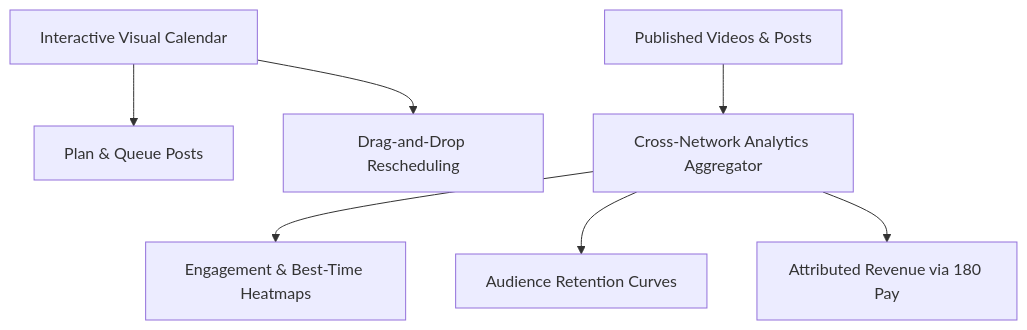
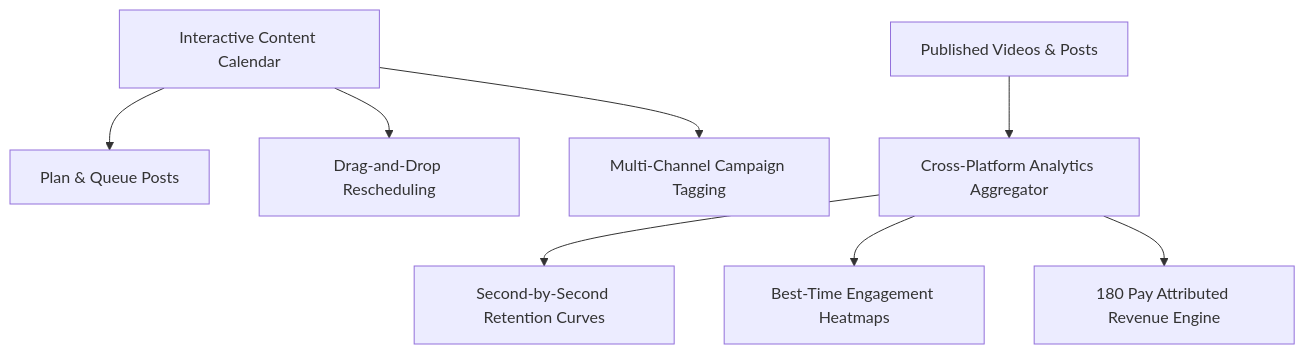
The diagram in apps/docs/docs/products/180-social-studio/06-analytics-and-calendar.md (simplicion/180workspace), drawn with Mermaid before and after one commit. The commit also changed other lines of this file and 25 other files, not shown here.

````diff
--- a/apps/docs/docs/products/180-social-studio/06-analytics-and-calendar.md
+++ b/apps/docs/docs/products/180-social-studio/06-analytics-and-calendar.md
@@ -13,10 +13,11 @@
 ```mermaid
 graph TD
-    Calendar[Interactive Visual Calendar] --> Plan[Plan & Queue Posts]
-    Calendar --> Schedule[Drag-and-Drop Rescheduling]
+    Calendar[Interactive Content Calendar] --> Plan[Plan & Queue Posts]
+    Calendar --> Reschedule[Drag-and-Drop Rescheduling]
+    Calendar --> Campaigns[Multi-Channel Campaign Tagging]
 
-    PostLaunch[Published Videos & Posts] --> UnifiedData[Cross-Network Analytics Aggregator]
-    UnifiedData --> Heatmaps[Engagement & Best-Time Heatmaps]
-    UnifiedData --> Retention[Audience Retention Curves]
-    UnifiedData --> Revenue[Attributed Revenue via 180 Pay]
+    Published[Published Videos & Posts] --> UnifiedData[Cross-Platform Analytics Aggregator]
+    UnifiedData --> Retention[Second-by-Second Retention Curves]
+    UnifiedData --> Heatmaps[Best-Time Engagement Heatmaps]
+    UnifiedData --> Attribution[180 Pay Attributed Revenue Engine]
 ```
````
